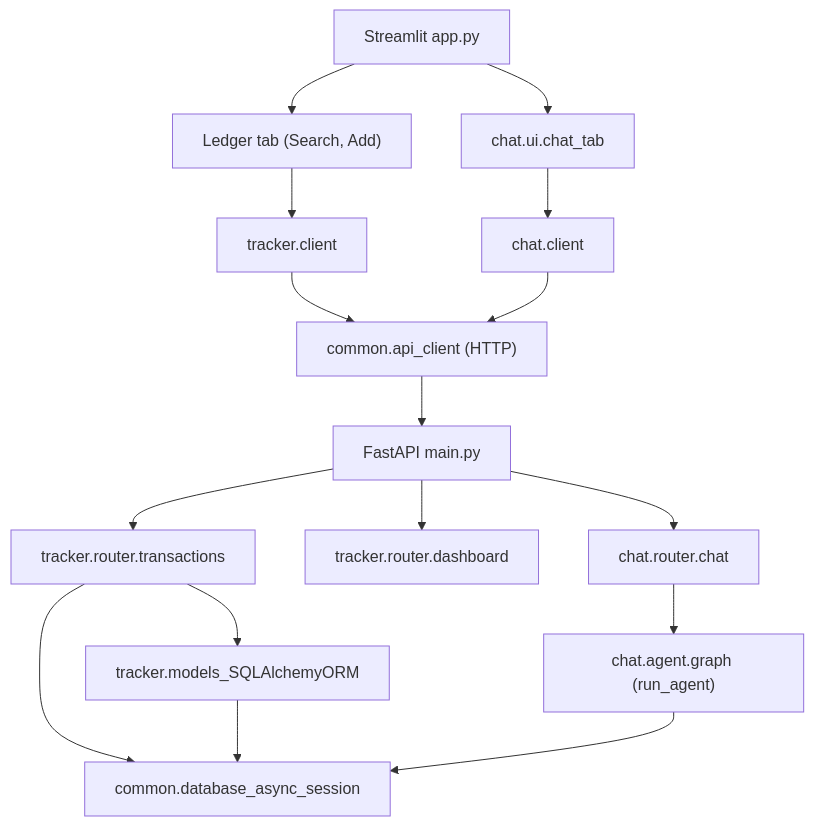
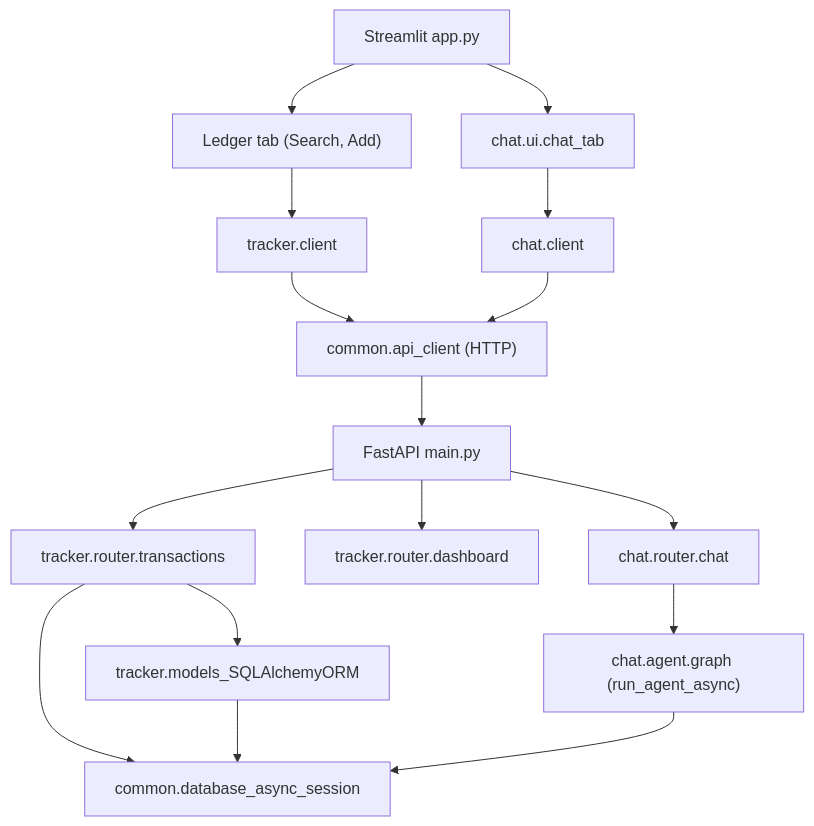
The diagram in ARCHITECTURE.md (reddybharat/parsel), drawn with Mermaid before and after one commit. The commit also changed other lines of this file and 11 other files, not shown here.

````diff
--- a/ARCHITECTURE.md
+++ b/ARCHITECTURE.md
@@ -73,18 +73,18 @@
 ```mermaid
 flowchart TD
   streamlitApp["Streamlit app.py"] --> trackerUI["Ledger tab (Search, Add)"]
   streamlitApp --> chatUI["chat.ui.chat_tab"]
   trackerUI --> trackerClient["tracker.client"]
   chatUI --> chatClient["chat.client"]
   trackerClient --> apiClient["common.api_client (HTTP)"]
   chatClient --> apiClient
   apiClient --> mainApp["FastAPI main.py"]
   mainApp --> trackerRouter["tracker.router.transactions"]
   mainApp --> dashboardRouter["tracker.router.dashboard"]
   mainApp --> chatRouter["chat.router.chat"]
   trackerRouter --> commonDB["common.database_async_session"]
   trackerRouter --> trackerModels["tracker.models_SQLAlchemyORM"]
   trackerModels --> commonDB
-  chatRouter --> chatAgent["chat.agent.graph (run_agent)"]
+  chatRouter --> chatAgent["chat.agent.graph (run_agent_async)"]
   chatAgent --> commonDB
 ```
````
